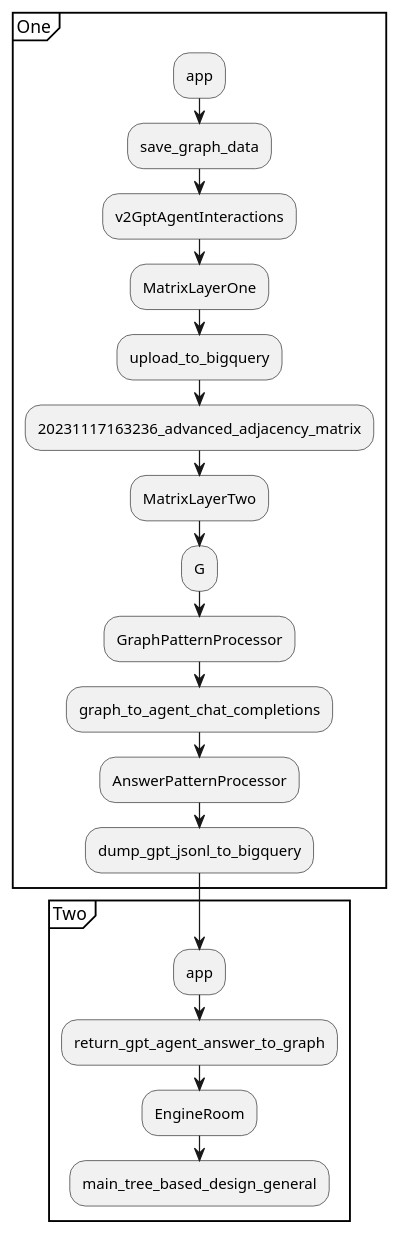
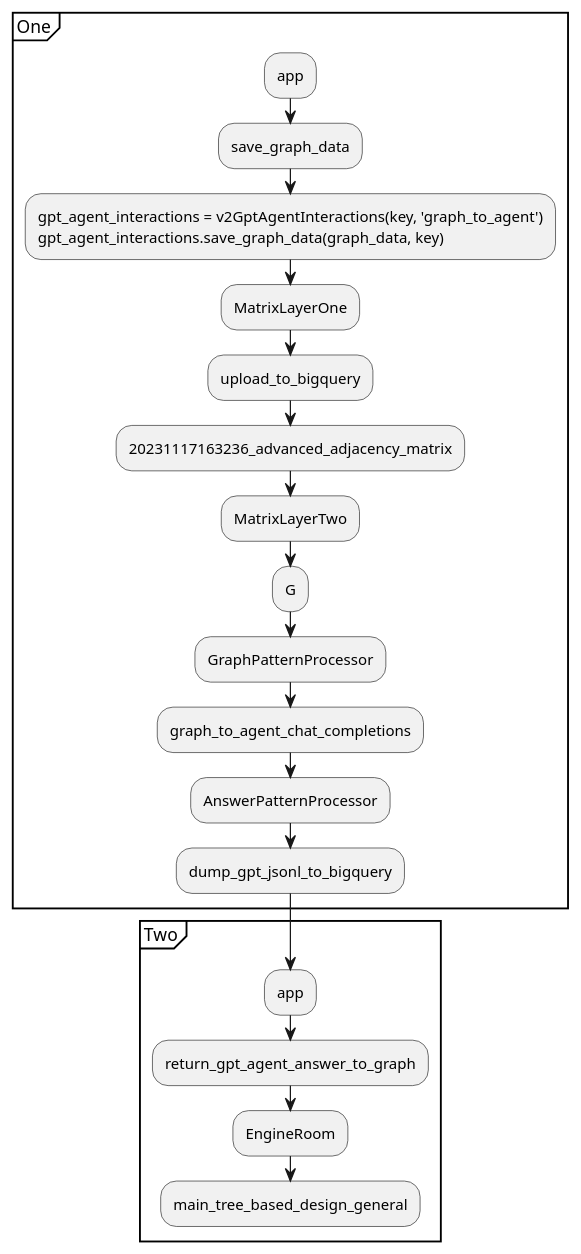
The diagram in READ_ME/status_quo_way_20231122.puml (kilian-lm/graph_to_agent), drawn with PlantUML before and after one commit. The commit also changed 3 other files, not shown here.

```diff
--- a/READ_ME/status_quo_way_20231122.puml
+++ b/READ_ME/status_quo_way_20231122.puml
@@ -1,23 +1,24 @@
 @startuml
 partition One {
 :app;
 :save_graph_data;
-:v2GptAgentInteractions;
+:gpt_agent_interactions = v2GptAgentInteractions(key, 'graph_to_agent')
+gpt_agent_interactions.save_graph_data(graph_data, key);
 :MatrixLayerOne;
 :upload_to_bigquery;
 :20231117163236_advanced_adjacency_matrix;
 :MatrixLayerTwo;
 :G;
 :GraphPatternProcessor;
 :graph_to_agent_chat_completions;
 :AnswerPatternProcessor;
 :dump_gpt_jsonl_to_bigquery;
 }
 partition Two {
 :app;
 :return_gpt_agent_answer_to_graph;
 :EngineRoom;
 :main_tree_based_design_general;
 
 }
 @enduml
```
